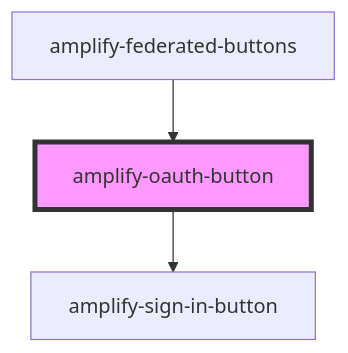
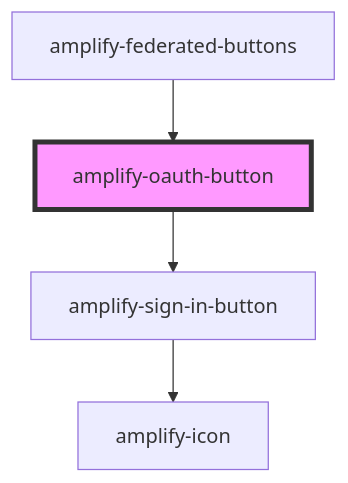
Before and after one commit to OneDev0411/amplify-js: the diagram in packages/amplify-ui-components/src/components/amplify-oauth-button/readme.md, drawn with Mermaid. The commit also changed other lines of this file and 39 other files, not shown here.

First line of the commit message:
chore(@aws-amplify/ui-components): Use amplify-icon for federat… (#4443)

````diff
--- a/packages/amplify-ui-components/src/components/amplify-oauth-button/readme.md
+++ b/packages/amplify-ui-components/src/components/amplify-oauth-button/readme.md
@@ -24,6 +25,7 @@
 ```mermaid
 graph TD;
   amplify-oauth-button --> amplify-sign-in-button
+  amplify-sign-in-button --> amplify-icon
   amplify-federated-buttons --> amplify-oauth-button
   style amplify-oauth-button fill:#f9f,stroke:#333,stroke-width:4px
 ```
````
